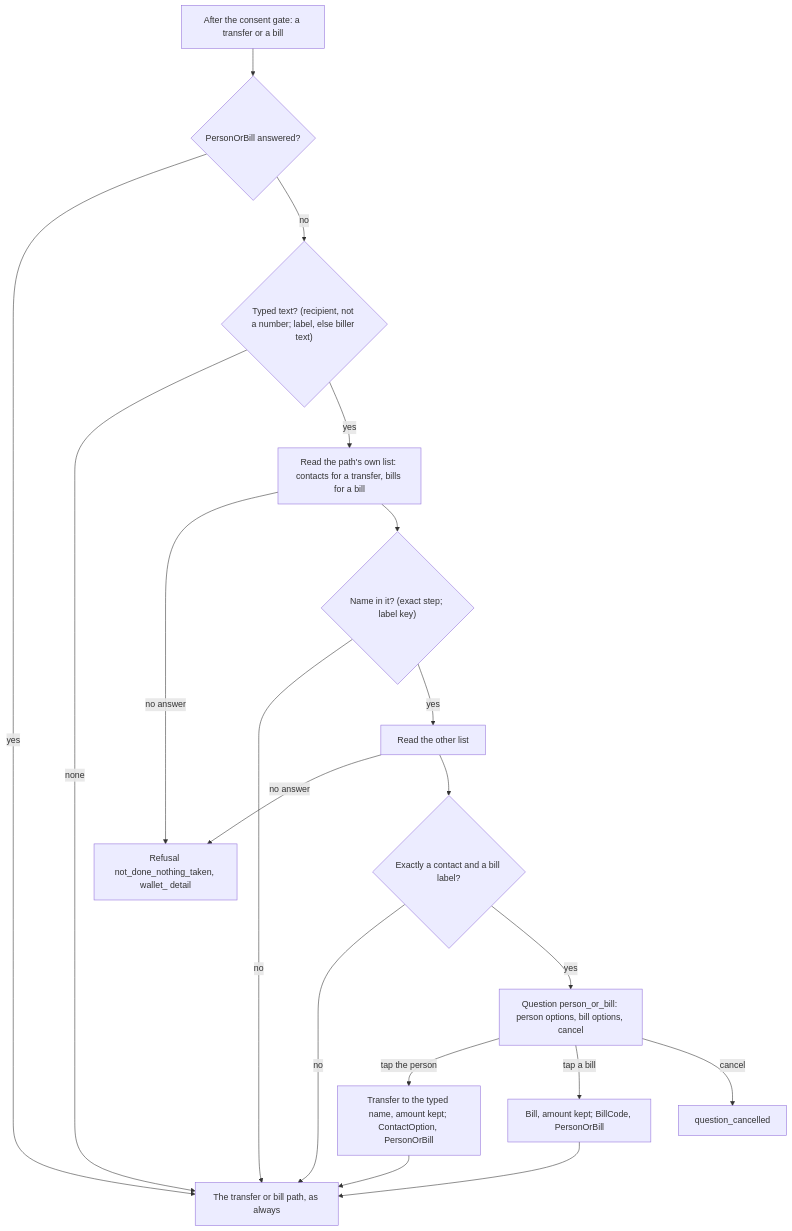
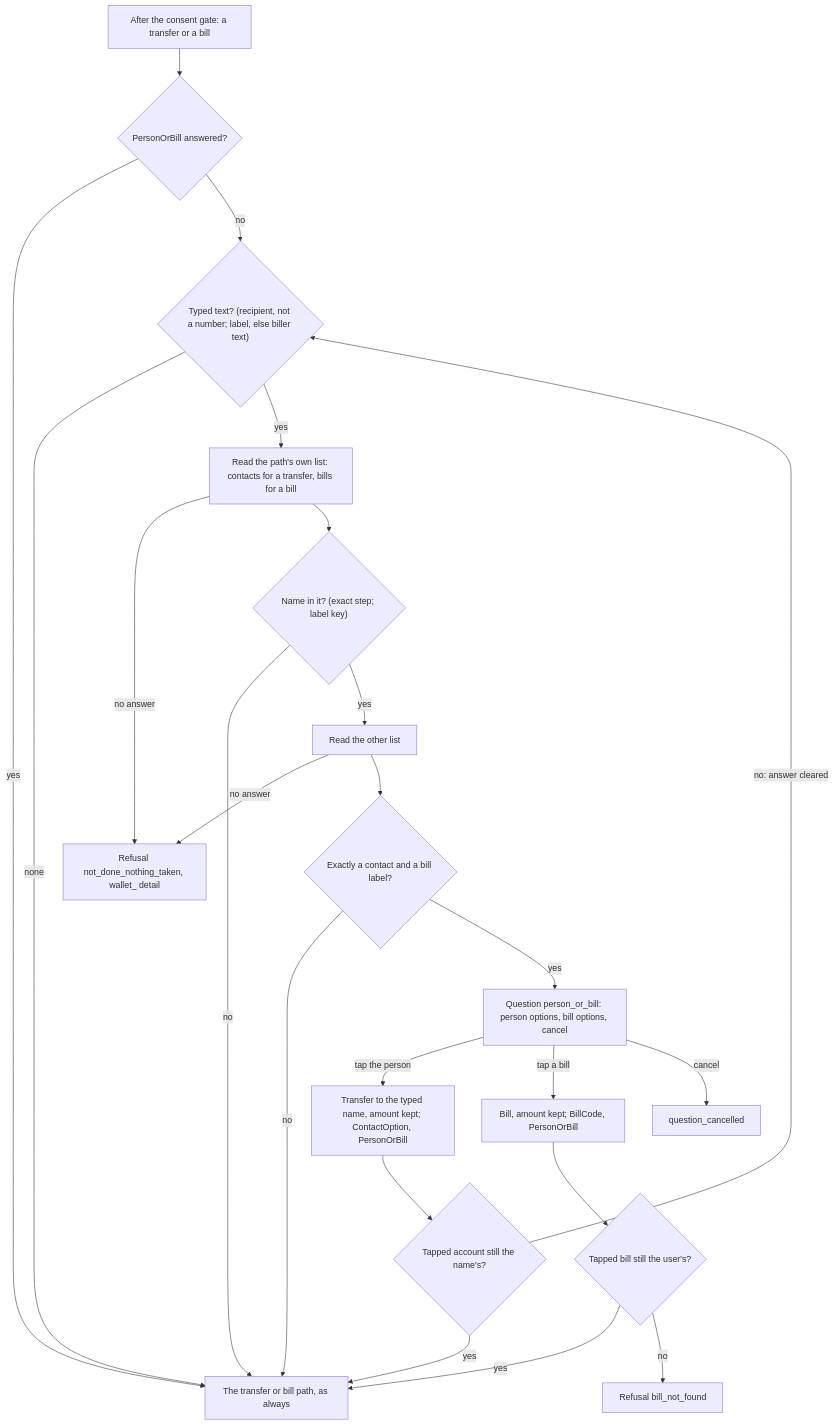
The ninth of 23 diagrams in docs/agent-core.md (Khalil-Alhadidi/Naqoli), drawn with Mermaid before and after one commit. The commit also changed other lines of this file and 6 other files, not shown here.

Commit message:
fix(core): person_or_bill review fix wave: M1 a stale person tap picks nothing and asks again, M2 a changed recipient clears the answer, R1 a bill tap no longer among the user's bills is bill_not_found; R2 tests

````diff
--- a/docs/agent-core.md
+++ b/docs/agent-core.md
@@ -337,21 +340,25 @@
 ```mermaid
 flowchart TD
     pb0["After the consent gate: a transfer or a bill"] --> pb1{"PersonOrBill answered?"}
     pb1 -- yes --> pbPath["The transfer or bill path, as always"]
     pb1 -- no --> pb2{"Typed text? (recipient, not a number; label, else biller text)"}
     pb2 -- none --> pbPath
     pb2 -- yes --> pb3["Read the path's own list: contacts for a transfer, bills for a bill"]
     pb3 -- "no answer" --> pbUnread["Refusal not_done_nothing_taken, wallet_ detail"]
     pb3 --> pb4{"Name in it? (exact step; label key)"}
     pb4 -- no --> pbPath
     pb4 -- yes --> pb5["Read the other list"]
     pb5 -- "no answer" --> pbUnread
     pb5 --> pb6{"Exactly a contact and a bill label?"}
     pb6 -- no --> pbPath
     pb6 -- yes --> pbAsk["Question person_or_bill: person options, bill options, cancel"]
     pbAsk -- "tap the person" --> pbT["Transfer to the typed name, amount kept; ContactOption, PersonOrBill"]
     pbAsk -- "tap a bill" --> pbB["Bill, amount kept; BillCode, PersonOrBill"]
     pbAsk -- cancel --> pbC["question_cancelled"]
-    pbT --> pbPath
-    pbB --> pbPath
+    pbT --> pbStale{"Tapped account still the name's?"}
+    pbStale -- yes --> pbPath
+    pbStale -- "no: answer cleared" --> pb2
+    pbB --> pbBill{"Tapped bill still the user's?"}
+    pbBill -- yes --> pbPath
+    pbBill -- no --> pbNF["Refusal bill_not_found"]
 ```
````
